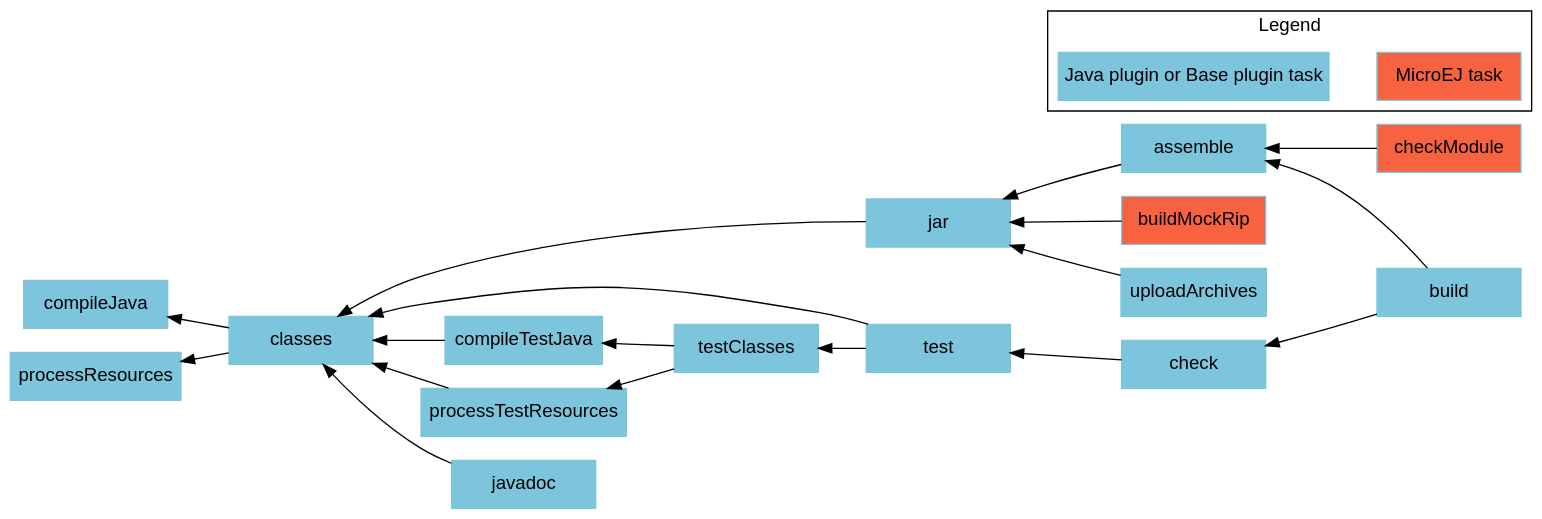
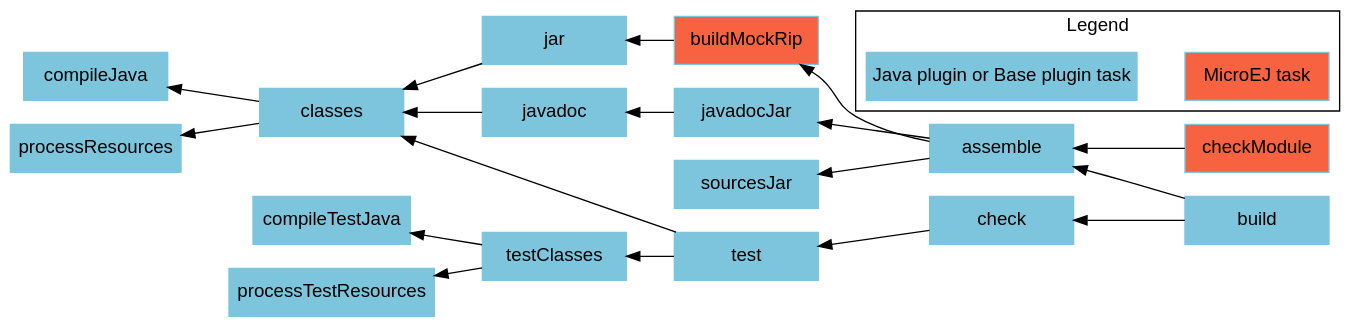
One commit to MicroEJ/docs changed the diagram in SDK6UserGuide/graphMockModule.dot. Above: the diagram before and after it, drawn with Graphviz. The commit also changed 5 other files, not shown here.

Commit message:
Update graphviz graphs for sdk6 module natures

```diff
--- a/SDK6UserGuide/graphMockModule.dot
+++ b/SDK6UserGuide/graphMockModule.dot
@@ -1,40 +1,40 @@
 digraph mygraph {
     rankdir="RL";
     bgcolor="transparent"
     fontname="Helvetica,Arial,sans-serif"
     node [
         shape = box
         width = 1.5
         color = "#7dc5dc"
         style = filled
         fontname="Helvetica,Arial,sans-serif"
     ]
     edge [fontname="Helvetica,Arial,sans-serif"]
     "checkModule" [fillcolor = "#f76241"]
     "buildMockRip" [fillcolor = "#f76241"]
+    "build" -> "assemble"
     "build" -> "check"
+    "assemble" -> "buildMockRip"
+    "assemble" -> "javadocJar"
+    "assemble" -> "sourcesJar"
+    "buildMockRip" -> "jar"
+    "jar" -> "classes"
+    "classes" -> "compileJava"
+    "classes" -> "processResources"
+    "javadocJar" -> "javadoc"
+    "javadoc" -> "classes"
     "check" -> "test"
     "test" -> "classes"
     "test" -> "testClasses"
     "testClasses" -> "compileTestJava"
     "testClasses" -> "processTestResources"
-    "processTestResources" -> "classes"
-    "compileTestJava" -> "classes"
-    "javadoc" -> "classes"
-    "classes" -> "compileJava"
-    "classes" -> "processResources"
-    "build" -> "assemble"
-    "assemble" -> "jar"
-    "uploadArchives" -> "jar"
-    "jar" -> "classes"
     "checkModule" -> "assemble"
-    "buildMockRip" -> "jar"
 
     subgraph cluster_legend {
         label="Legend";
         microej [fillcolor="#f76241" label="MicroEJ task"];
         java [fillcolor="#7dc5dc" label="Java plugin or Base plugin task"];
         microej -> java [style=invis];
         java -> microej [style=invis];
     }
 }
```
